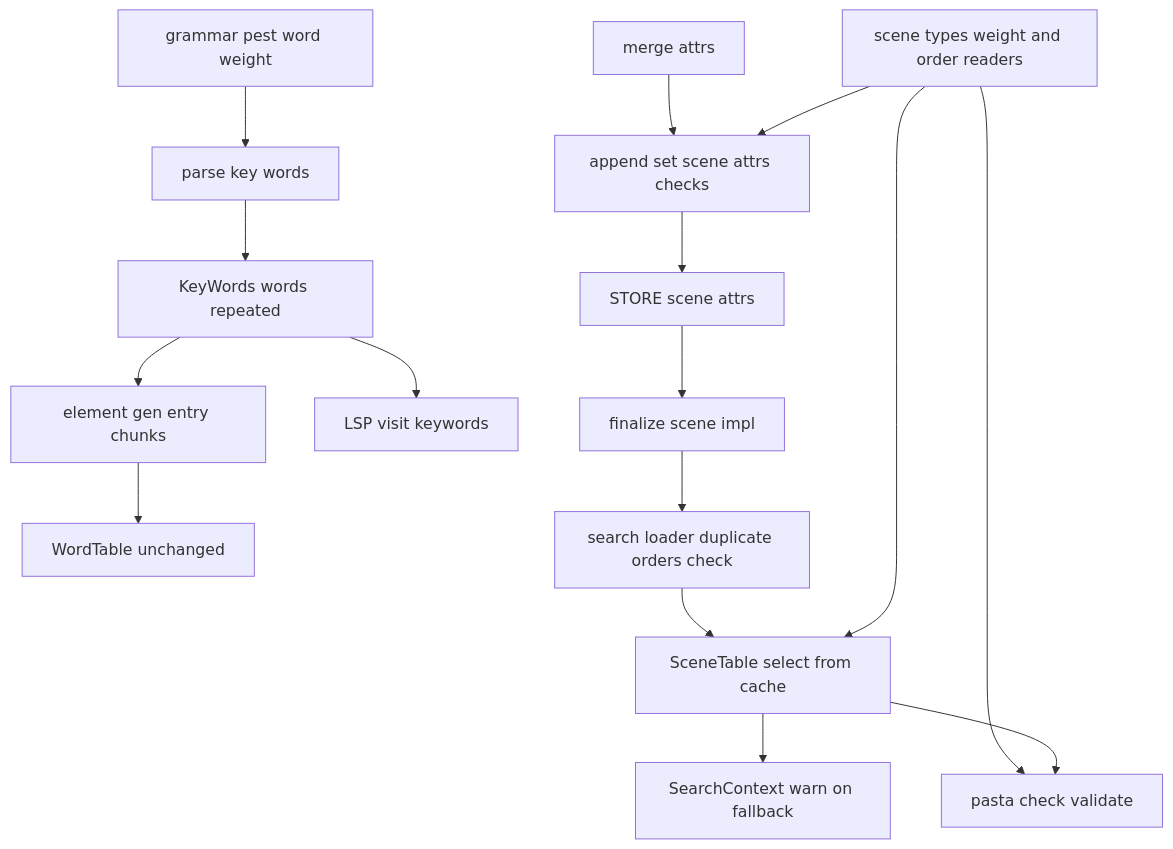
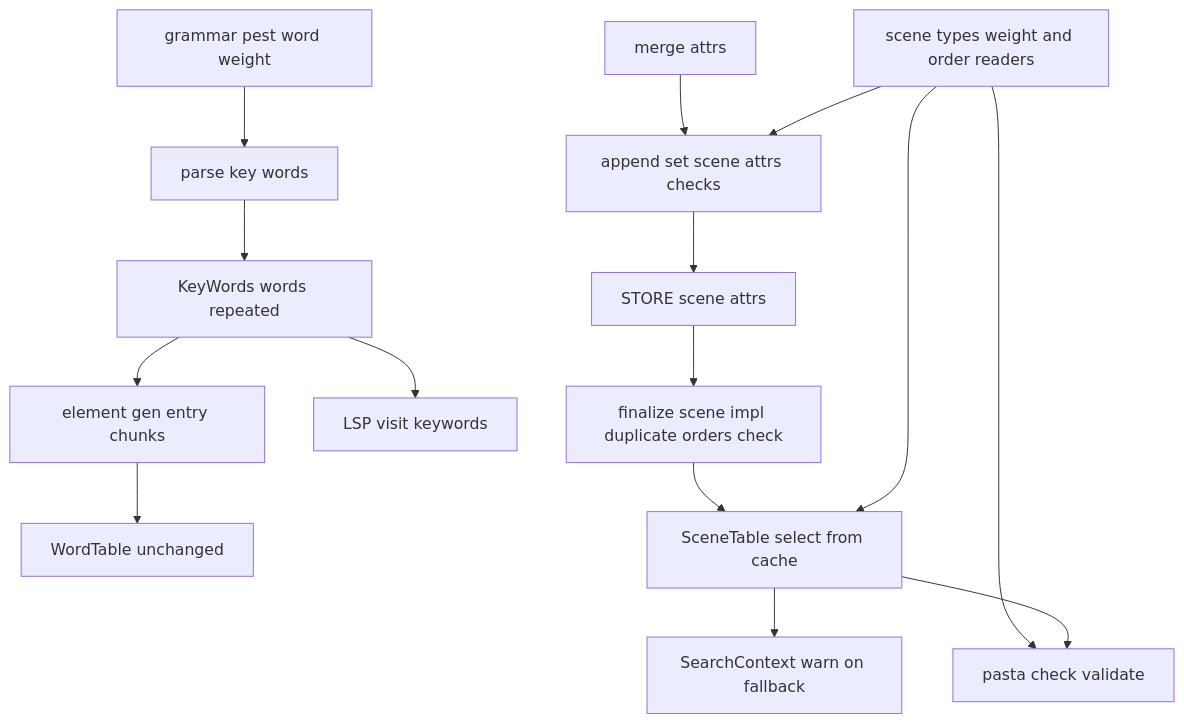
One commit to ekicyou/pasta changed the first of 2 diagrams in .kiro/specs/scene-pick-modes/design.md. Above: the diagram before and after it, drawn with Mermaid. The commit also changed other lines of this file, not shown here.

Commit message:
docs(scene-pick-modes): fix obvious issues in design

````diff
--- a/.kiro/specs/scene-pick-modes/design.md
+++ b/.kiro/specs/scene-pick-modes/design.md
@@ -75,18 +75,17 @@
 ```mermaid
 graph TB
     Grammar[grammar pest word weight] --> ParseKW[parse key words]
     ParseKW --> KeyWords[KeyWords words repeated]
     KeyWords --> WordGen[element gen entry chunks]
     KeyWords --> LspTok[LSP visit keywords]
     WordGen --> WordTable[WordTable unchanged]
     AttrMerge[merge attrs] --> ScopeGen[append set scene attrs checks]
     ScopeGen --> Store[STORE scene attrs]
     Store --> Finalize[finalize scene impl]
-    Finalize --> Loader[search loader duplicate orders check]
-    Loader --> SceneTable[SceneTable select from cache]
+    Finalize[finalize scene impl duplicate orders check] --> SceneTable[SceneTable select from cache]
     SceneTable --> SearchCtx[SearchContext warn on fallback]
     Types[scene types weight and order readers] --> SceneTable
     Types --> ScopeGen
     Types --> Check[pasta check validate]
     SceneTable --> Check
 ```
````
